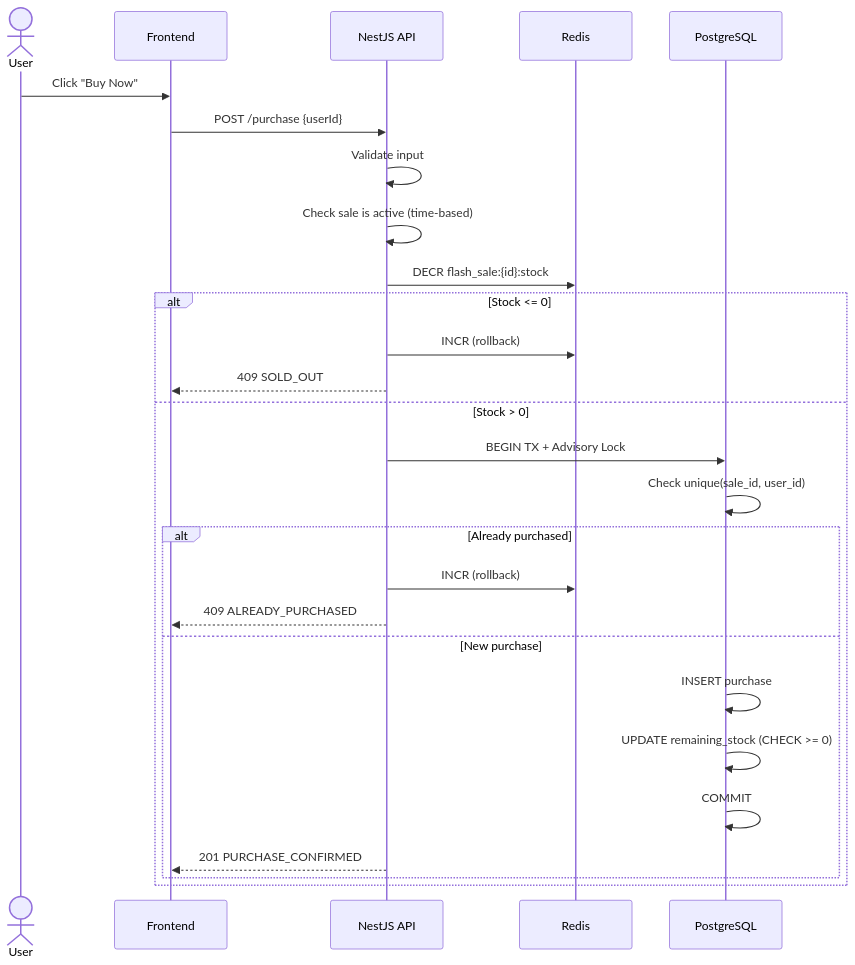
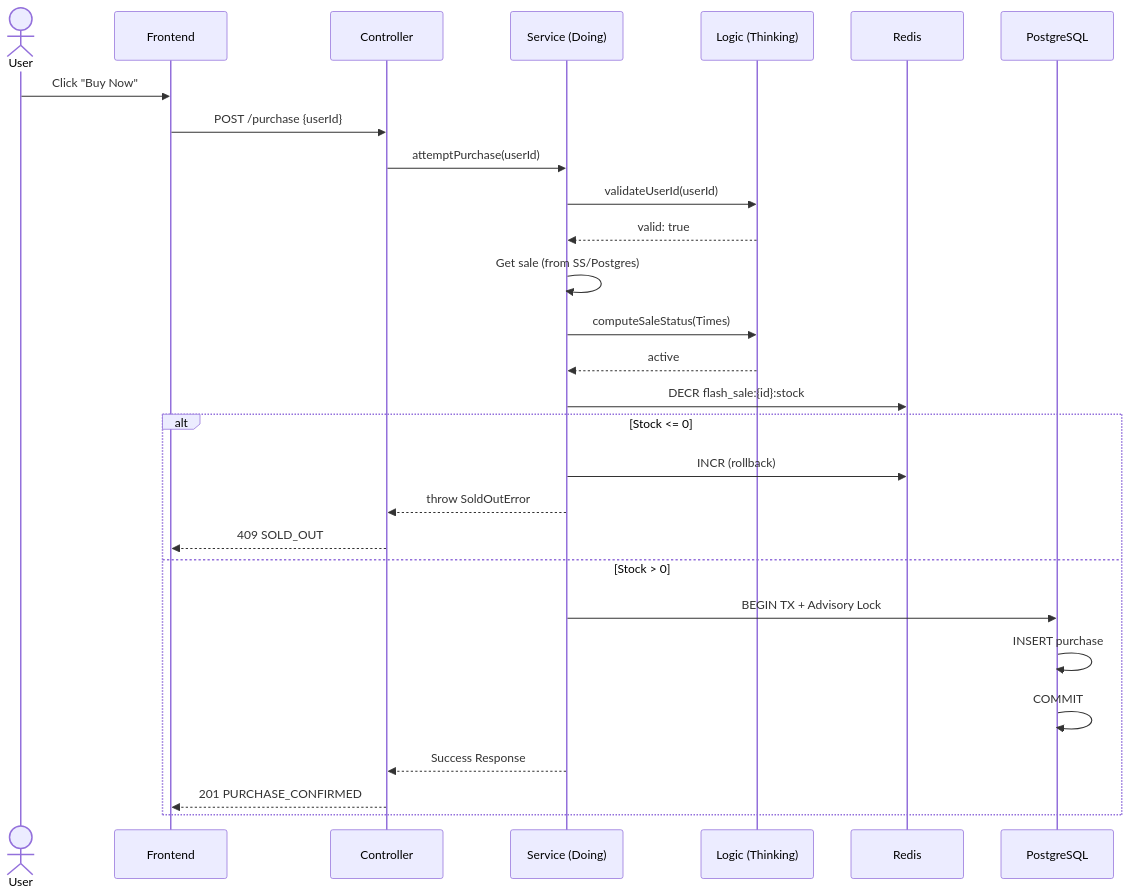
The third of 3 diagrams in docs/fsd.md (robbywh/flash-flow), drawn with Mermaid before and after one commit. The commit also changed other lines of this file, not shown here.

Commit message:
enhance: documentation

````diff
--- a/docs/fsd.md
+++ b/docs/fsd.md
@@ -231,32 +233,36 @@
 ```mermaid
 sequenceDiagram
     actor User
     participant FE as Frontend
-    participant API as NestJS API
+    participant SC as Controller
+    participant FS as Service (Doing)
+    participant SL as Logic (Thinking)
     participant Redis
     participant PG as PostgreSQL
 
     User->>FE: Click "Buy Now"
-    FE->>API: POST /purchase {userId}
+    FE->>SC: POST /purchase {userId}
 
-    API->>API: Validate input
-    API->>API: Check sale is active (time-based)
-
-    API->>Redis: DECR flash_sale:{id}:stock
+    SC->>FS: attemptPurchase(userId)
+    
+    FS->>SL: validateUserId(userId)
+    SL-->>FS: valid: true
+    
+    FS->>FS: Get sale (from SS/Postgres)
+    
+    FS->>SL: computeSaleStatus(Times)
+    SL-->>FS: active
+    
+    FS->>Redis: DECR flash_sale:{id}:stock
     alt Stock <= 0
-        API->>Redis: INCR (rollback)
-        API-->>FE: 409 SOLD_OUT
+        FS->>Redis: INCR (rollback)
+        FS-->>SC: throw SoldOutError
+        SC-->>FE: 409 SOLD_OUT
     else Stock > 0
-        API->>PG: BEGIN TX + Advisory Lock
-        PG->>PG: Check unique(sale_id, user_id)
-        alt Already purchased
-            API->>Redis: INCR (rollback)
-            API-->>FE: 409 ALREADY_PURCHASED
-        else New purchase
-            PG->>PG: INSERT purchase
-            PG->>PG: UPDATE remaining_stock (CHECK >= 0)
-            PG->>PG: COMMIT
-            API-->>FE: 201 PURCHASE_CONFIRMED
-        end
+        FS->>PG: BEGIN TX + Advisory Lock
+        PG->>PG: INSERT purchase
+        PG->>PG: COMMIT
+        FS-->>SC: Success Response
+        SC-->>FE: 201 PURCHASE_CONFIRMED
     end
 ```
````
